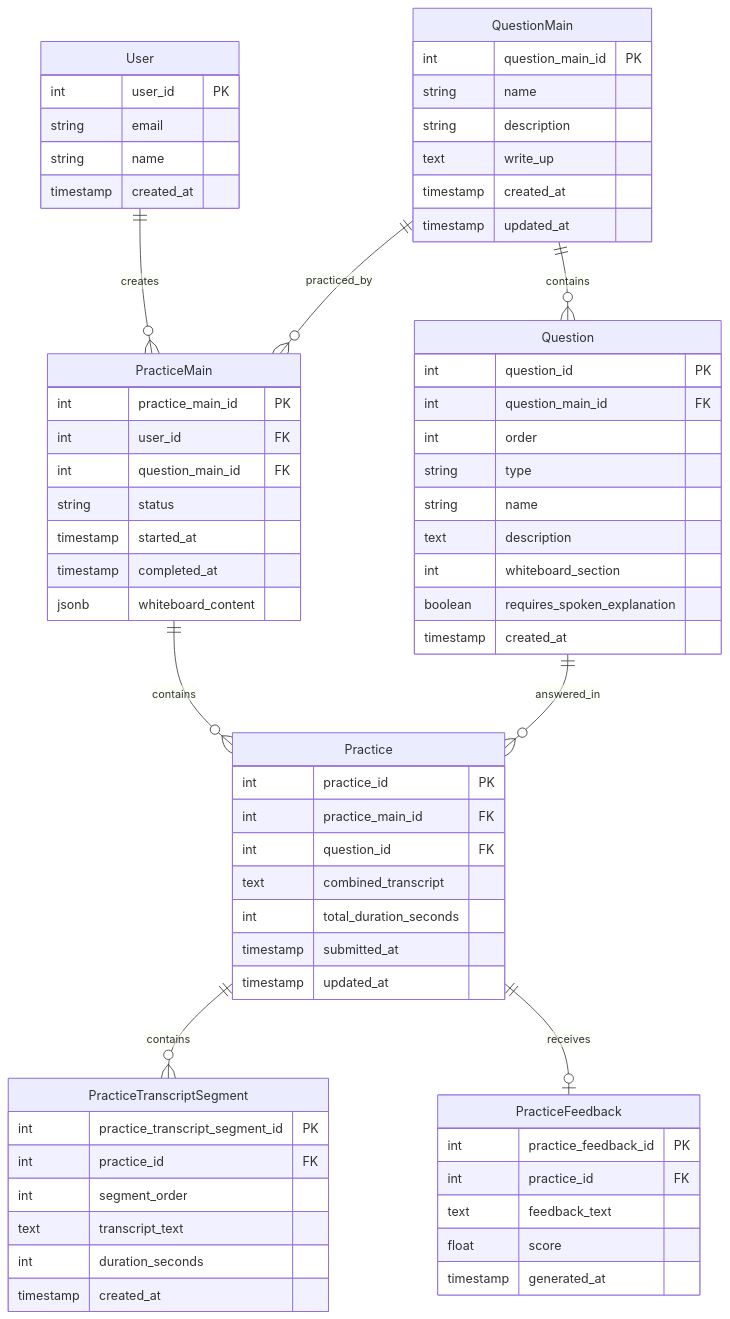
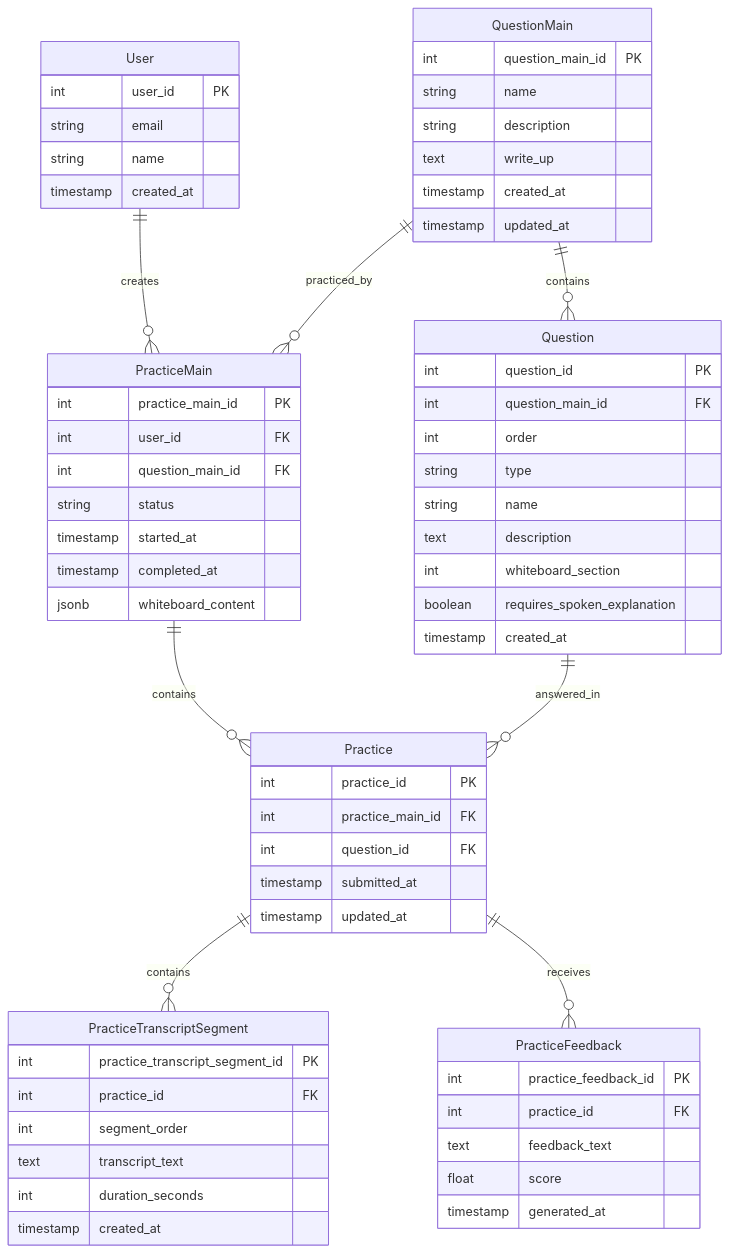
Before and after one commit to yhhsieh82/hellointerview-prds: the diagram in 00-foundation.md, drawn with Mermaid. The commit also changed other lines of this file and 6 other files, not shown here.

First line of the commit message:
docs(prd): practice per-question GET/POST, feedback-based progress, audio load UX

````diff
--- a/00-foundation.md
+++ b/00-foundation.md
@@ -104,75 +104,73 @@
 ```mermaid
 erDiagram
     User ||--o{ PracticeMain : creates
     QuestionMain ||--o{ Question : contains
     QuestionMain ||--o{ PracticeMain : "practiced_by"
     PracticeMain ||--o{ Practice : contains
     Question ||--o{ Practice : "answered_in"
     Practice ||--o{ PracticeTranscriptSegment : contains
-    Practice ||--o| PracticeFeedback : receives
+    Practice ||--o{ PracticeFeedback : receives
     
     User {
         int user_id PK
         string email
         string name
         timestamp created_at
     }
     
     QuestionMain {
         int question_main_id PK
         string name
         string description
         text write_up
         timestamp created_at
         timestamp updated_at
     }
     
     Question {
         int question_id PK
         int question_main_id FK
         int order
         string type
         string name
         text description
         int whiteboard_section
         boolean requires_spoken_explanation
         timestamp created_at
     }
     
     PracticeMain {
         int practice_main_id PK
         int user_id FK
         int question_main_id FK
         string status
         timestamp started_at
         timestamp completed_at
         jsonb whiteboard_content
     }
     
     Practice {
         int practice_id PK
         int practice_main_id FK
         int question_id FK
-        text combined_transcript
-        int total_duration_seconds
         timestamp submitted_at
         timestamp updated_at
     }
 
     PracticeTranscriptSegment {
         int practice_transcript_segment_id PK
         int practice_id FK
         int segment_order
         text transcript_text
         int duration_seconds
         timestamp created_at
     }
     
     PracticeFeedback {
         int practice_feedback_id PK
         int practice_id FK
         text feedback_text
         float score
         timestamp generated_at
     }
 ```
````
